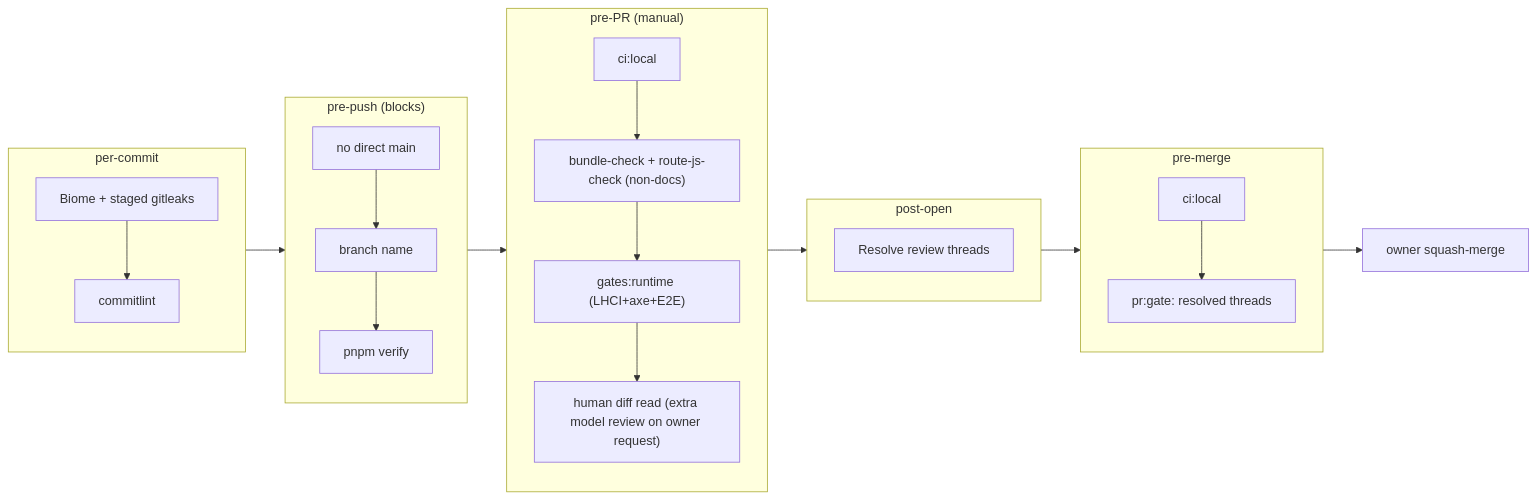
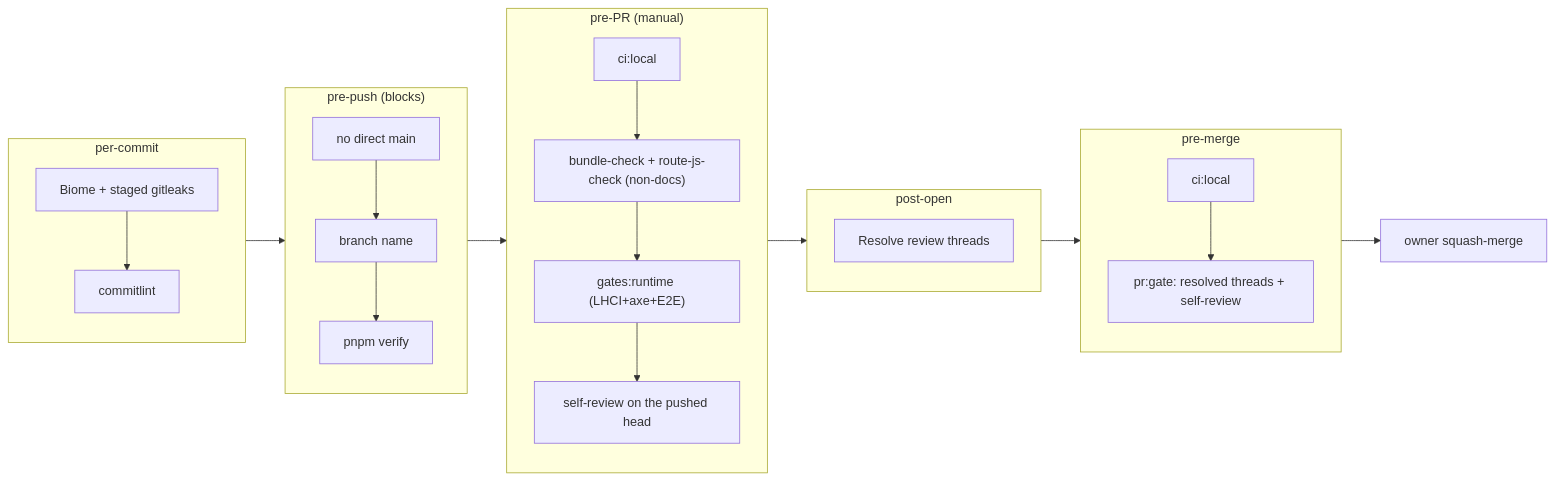
One commit to erikunha/portfolio changed the second of 2 diagrams in docs/handbook/development-lifecycle.md. Above: the diagram before and after it, drawn with Mermaid. The commit also changed other lines of this file and 14 other files, not shown here.

````diff
--- a/docs/handbook/development-lifecycle.md
+++ b/docs/handbook/development-lifecycle.md
@@ -102,19 +102,19 @@
 ```mermaid
 flowchart LR
     subgraph commit["per-commit"]
         g1["Biome + staged gitleaks"] --> g2["commitlint"]
     end
     subgraph prepush["pre-push (blocks)"]
         g3["no direct main"] --> g4["branch name"] --> g7["pnpm verify"]
     end
     subgraph prepr["pre-PR (manual)"]
-        g8["ci:local"] --> g9["bundle-check + route-js-check (non-docs)"] --> g11["gates:runtime (LHCI+axe+E2E)"] --> g12["human diff read (extra model review on owner request)"]
+        g8["ci:local"] --> g9["bundle-check + route-js-check (non-docs)"] --> g11["gates:runtime (LHCI+axe+E2E)"] --> g12["self-review on the pushed head"]
     end
     subgraph open["post-open"]
         g13["Resolve review threads"]
     end
     subgraph premerge["pre-merge"]
-        g15["ci:local"] --> g18["pr:gate: resolved threads"]
+        g15["ci:local"] --> g18["pr:gate: resolved threads + self-review"]
     end
     commit --> prepush --> prepr --> open --> premerge --> merge["owner squash-merge"]
 ```
````
